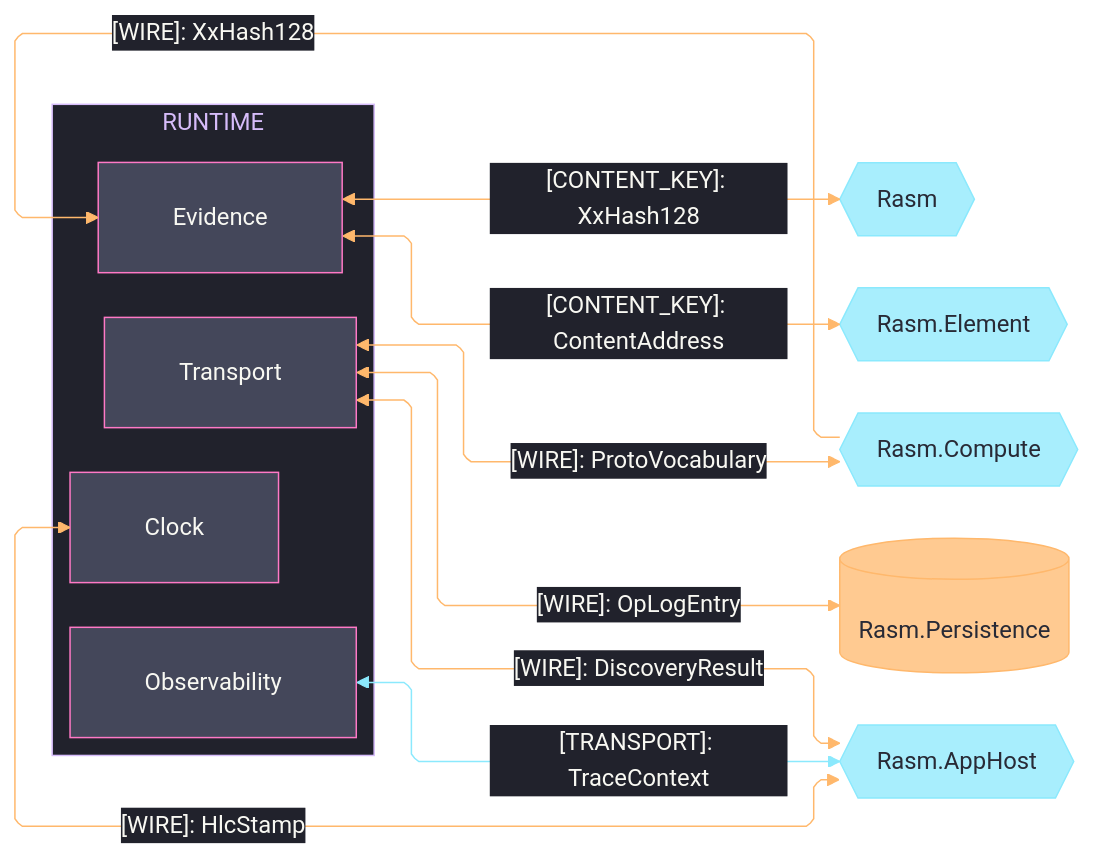
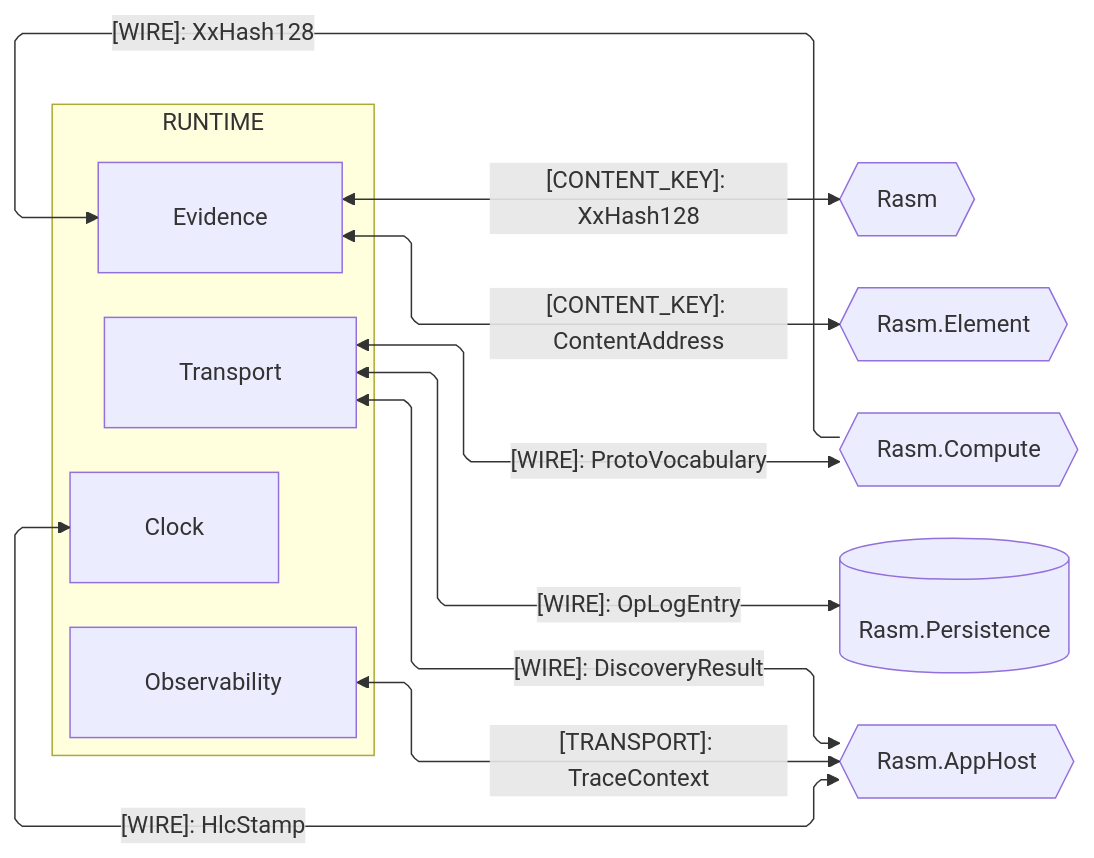
One commit to bsamiee/Rasm changed the first of 3 diagrams in libs/python/runtime/ARCHITECTURE.md. Above: the diagram before and after it, drawn with Mermaid. The commit also changed other lines of this file and 460 other files, not shown here.

````diff
--- a/libs/python/runtime/ARCHITECTURE.md
+++ b/libs/python/runtime/ARCHITECTURE.md
@@ -36,60 +39,31 @@
 ```mermaid
 ---
 config:
-  theme: base
-  look: classic
   layout: elk
   flowchart:
     curve: linear
     padding: 25
-  themeVariables:
-    darkMode: true
-    fontFamily: "SF Mono, Menlo, Cascadia Mono, Segoe UI Mono, Consolas, monospace"
-    useGradient: false
-    dropShadow: "none"
-    background: "#282A36"
-    primaryColor: "#44475A"
-    primaryTextColor: "#F8F8F2"
-    primaryBorderColor: "#BD93F9"
-    lineColor: "#FF79C6"
-    textColor: "#F8F8F2"
-    clusterBkg: "#21222C"
-    clusterBorder: "#D6BCFA"
-    edgeLabelBackground: "#21222C"
-    labelBackgroundColor: "#21222C"
-    titleColor: "#D6BCFA"
-  themeCSS: ".nodeLabel{font-size:13px;font-weight:500}.edgeLabel{font-size:12px;font-weight:500}.cluster-label .nodeLabel{font-size:13.5px;font-weight:700;letter-spacing:.08em}.edge-thickness-normal{stroke-width:2px}.edge-thickness-thick{stroke-width:3px}.edge-pattern-dashed,.edge-pattern-dotted{stroke-width:1.5px;stroke-dasharray:4 6}.node rect,.node circle,.node polygon,.node path,.node .outer-path{stroke-width:1.5px;filter:none!important}.cluster rect{stroke-width:1px!important;stroke-dasharray:5 4!important;filter:none!important}.marker path{transform:scale(.8);transform-origin:5px 5px}.marker circle{transform:scale(.48);transform-origin:5px 5px}.edgeLabel rect{transform-box:fill-box;transform-origin:center;transform:scale(1.1,1.2)}"
 ---
 flowchart LR
     accTitle: Runtime C# platform and kernel seams
-    accDescr: Runtime sub-domain owners exchanging content keys, wire codecs, gRPC transport, and clock stamps with the kernel, element, compute, persistence, and app-host packages, edge rails colored by kind and nodes classed by seam direction.
+    accDescr: Runtime sub-domain owners exchanging content keys, wire codecs, gRPC transport, and clock stamps with the kernel, element, compute, persistence, and app-host packages, one edge per contract family labeled by kind.
     subgraph runtime[RUNTIME]
         Evidence[Evidence]
         Transport[Transport]
         Observability[Observability]
         Clock[Clock]
     end
     Rasm{{Rasm}}
     Element{{Rasm.Element}}
     Compute{{Rasm.Compute}}
     Persistence[(Rasm.Persistence)]
     AppHost{{Rasm.AppHost}}
     Evidence e1@<-->|"[CONTENT_KEY]: XxHash128"| Rasm
     Evidence e2@<-->|"[CONTENT_KEY]: ContentAddress"| Element
     Compute e3@-->|"[WIRE]: XxHash128"| Evidence
     Transport e4@<-->|"[WIRE]: ProtoVocabulary"| Compute
     Transport e5@<-->|"[WIRE]: OpLogEntry"| Persistence
     Transport e6@<-->|"[WIRE]: DiscoveryResult"| AppHost
     Observability e7@<-->|"[TRANSPORT]: TraceContext"| AppHost
     AppHost e8@<-->|"[WIRE]: HlcStamp"| Clock
-    classDef primary fill:#44475A,stroke:#FF79C6,color:#F8F8F2
-    classDef external fill:#8BE9FDBF,stroke:#8BE9FD,color:#282A36
-    classDef data fill:#FFB86CBF,stroke:#FFB86C,color:#282A36
-    classDef edgeData stroke:#FFB86C,color:#F8F8F2
-    classDef edgeExternal stroke:#8BE9FD,color:#F8F8F2
-    class Evidence,Transport,Observability,Clock primary
-    class Rasm,Element,Compute,AppHost external
-    class Persistence data
-    class e1,e2,e3,e4,e5,e6,e8 edgeData
-    class e7 edgeExternal
 ```
````
